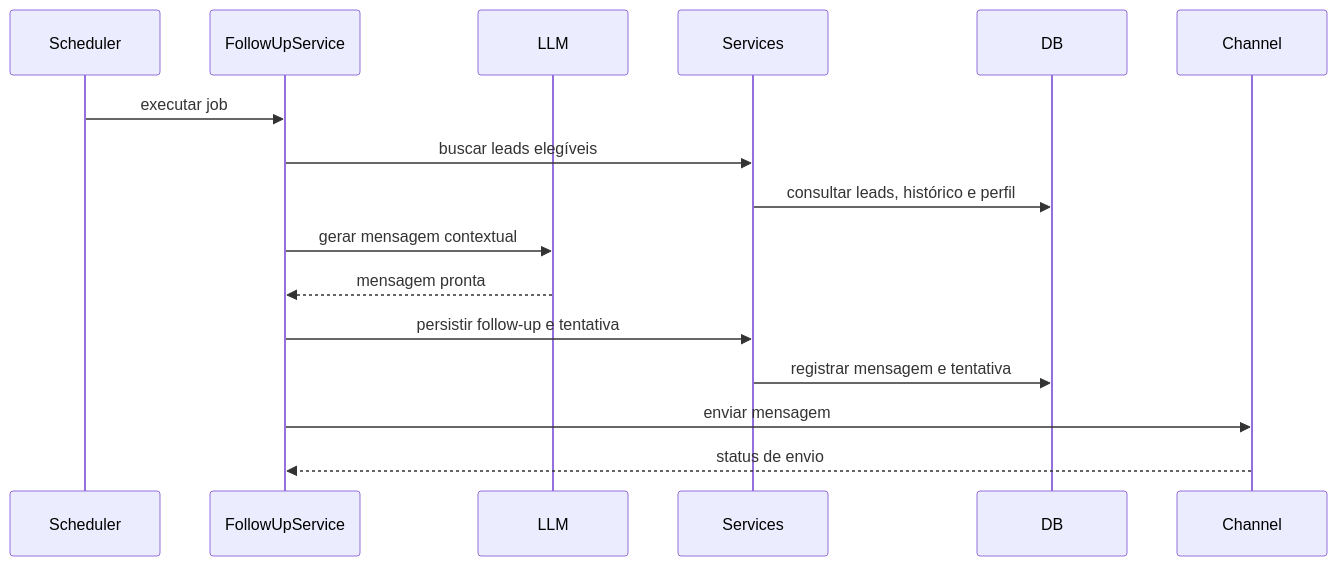
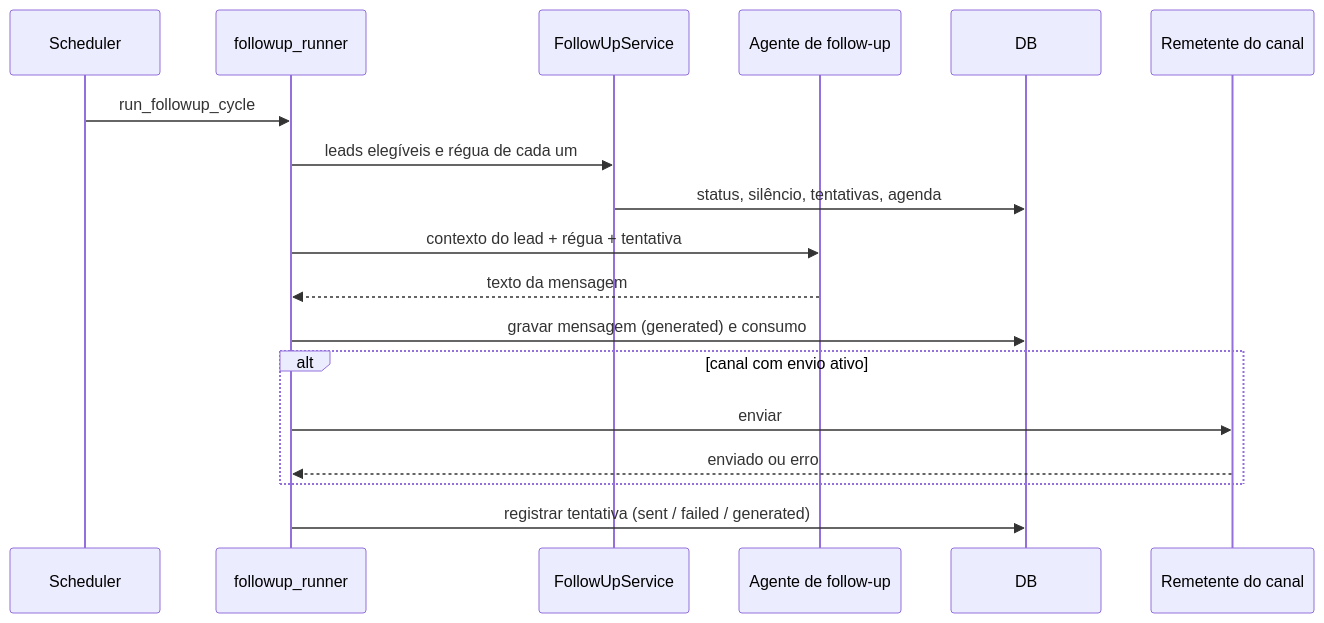
Before and after one commit to luizaaca/agente_imobiliario: the third of 3 diagrams in docs/02-arquitetura/03-cenarios-de-runtime.md, drawn with Mermaid. The commit also changed other lines of this file and 16 other files, not shown here.

````diff
--- a/docs/02-arquitetura/03-cenarios-de-runtime.md
+++ b/docs/02-arquitetura/03-cenarios-de-runtime.md
@@ -143,19 +166,21 @@
 ```mermaid
 sequenceDiagram
     participant Scheduler
+    participant Runner as followup_runner
     participant FollowUpService
-    participant LLM
-    participant Services
+    participant LLM as Agente de follow-up
     participant DB
-    participant Channel
+    participant Channel as Remetente do canal
 
-    Scheduler->>FollowUpService: executar job
-    FollowUpService->>Services: buscar leads elegíveis
-    Services->>DB: consultar leads, histórico e perfil
-    FollowUpService->>LLM: gerar mensagem contextual
-    LLM-->>FollowUpService: mensagem pronta
-    FollowUpService->>Services: persistir follow-up e tentativa
-    Services->>DB: registrar mensagem e tentativa
-    FollowUpService->>Channel: enviar mensagem
-    Channel-->>FollowUpService: status de envio
+    Scheduler->>Runner: run_followup_cycle
+    Runner->>FollowUpService: leads elegíveis e régua de cada um
+    FollowUpService->>DB: status, silêncio, tentativas, agenda
+    Runner->>LLM: contexto do lead + régua + tentativa
+    LLM-->>Runner: texto da mensagem
+    Runner->>DB: gravar mensagem (generated) e consumo
+    alt canal com envio ativo
+        Runner->>Channel: enviar
+        Channel-->>Runner: enviado ou erro
+    end
+    Runner->>DB: registrar tentativa (sent / failed / generated)
 ```
````
